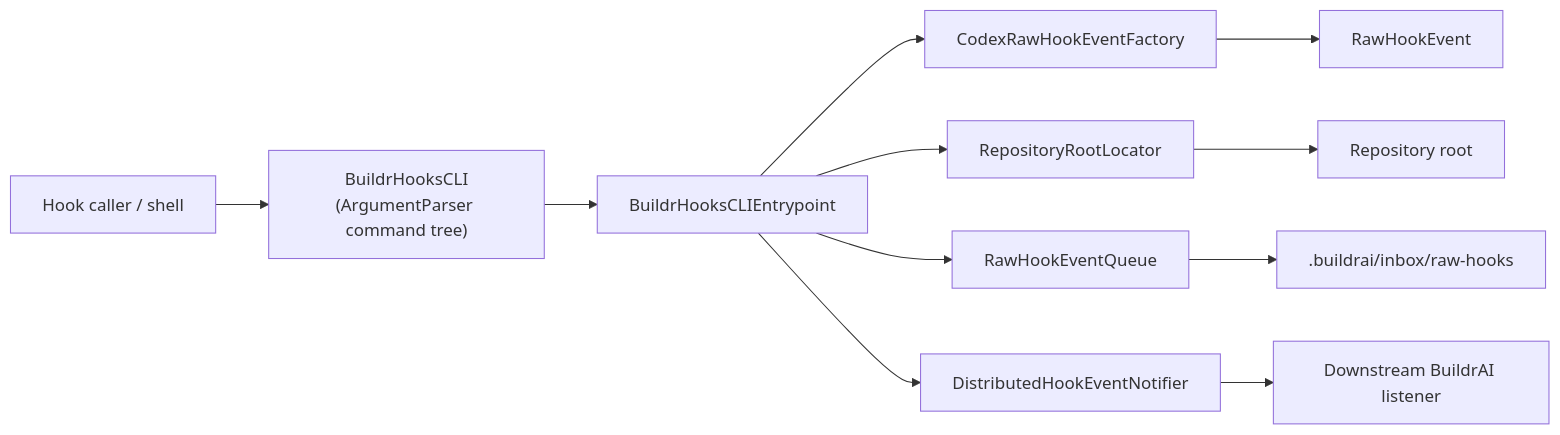
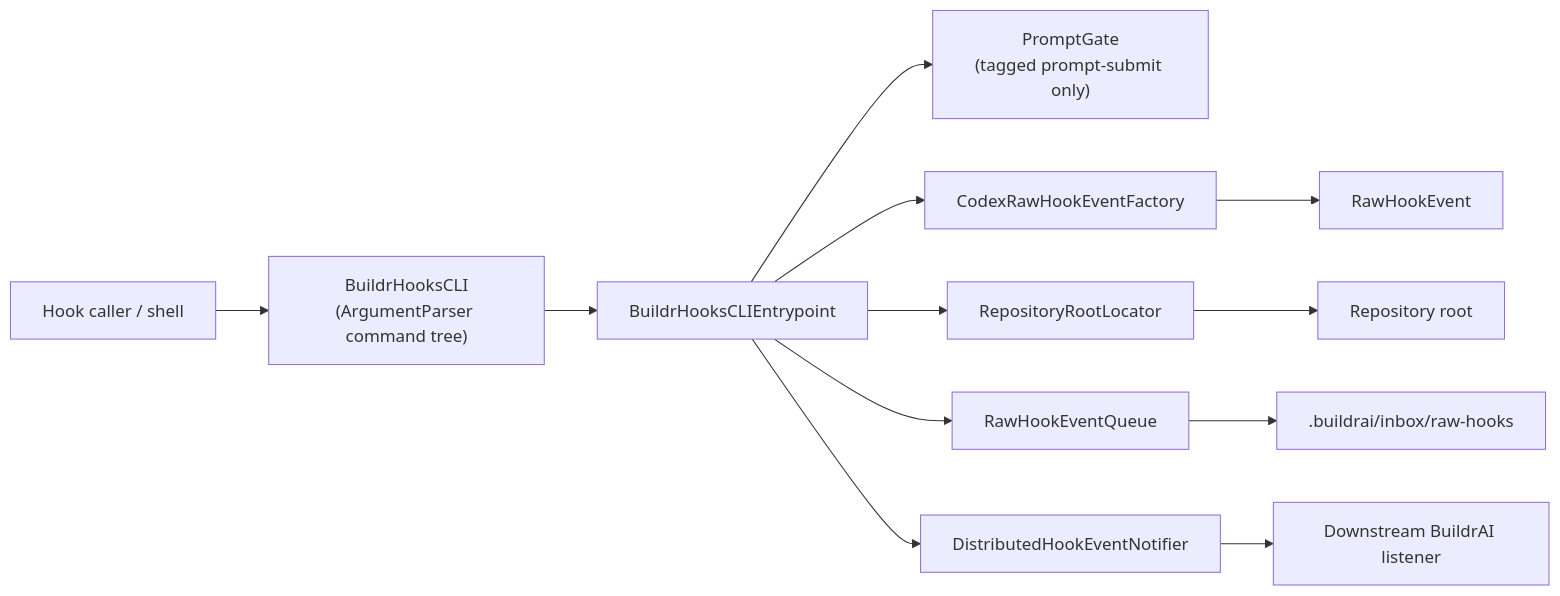
One commit to michaelversus/BuildrHooksCLI changed the first of 4 diagrams in ARCHITECTURE.md. Above: the diagram before and after it, drawn with Mermaid. The commit also changed other lines of this file and 13 other files, not shown here.

Commit message:
update CLI to support prompt gate feature

````diff
--- a/ARCHITECTURE.md
+++ b/ARCHITECTURE.md
@@ -18,13 +20,14 @@
 ```mermaid
 flowchart LR
     User["Hook caller / shell"] --> CLI["BuildrHooksCLI\n(ArgumentParser command tree)"]
     CLI --> Entrypoint["BuildrHooksCLIEntrypoint"]
+    Entrypoint --> Gate["PromptGate\n(tagged prompt-submit only)"]
     Entrypoint --> Factory["CodexRawHookEventFactory"]
     Entrypoint --> Locator["RepositoryRootLocator"]
     Entrypoint --> Queue["RawHookEventQueue"]
     Entrypoint --> Notifier["DistributedHookEventNotifier"]
     Factory --> Event["RawHookEvent"]
     Locator --> Repo["Repository root"]
     Queue --> Disk[".buildrai/inbox/raw-hooks"]
     Notifier --> Consumer["Downstream BuildrAI listener"]
 ```
````
